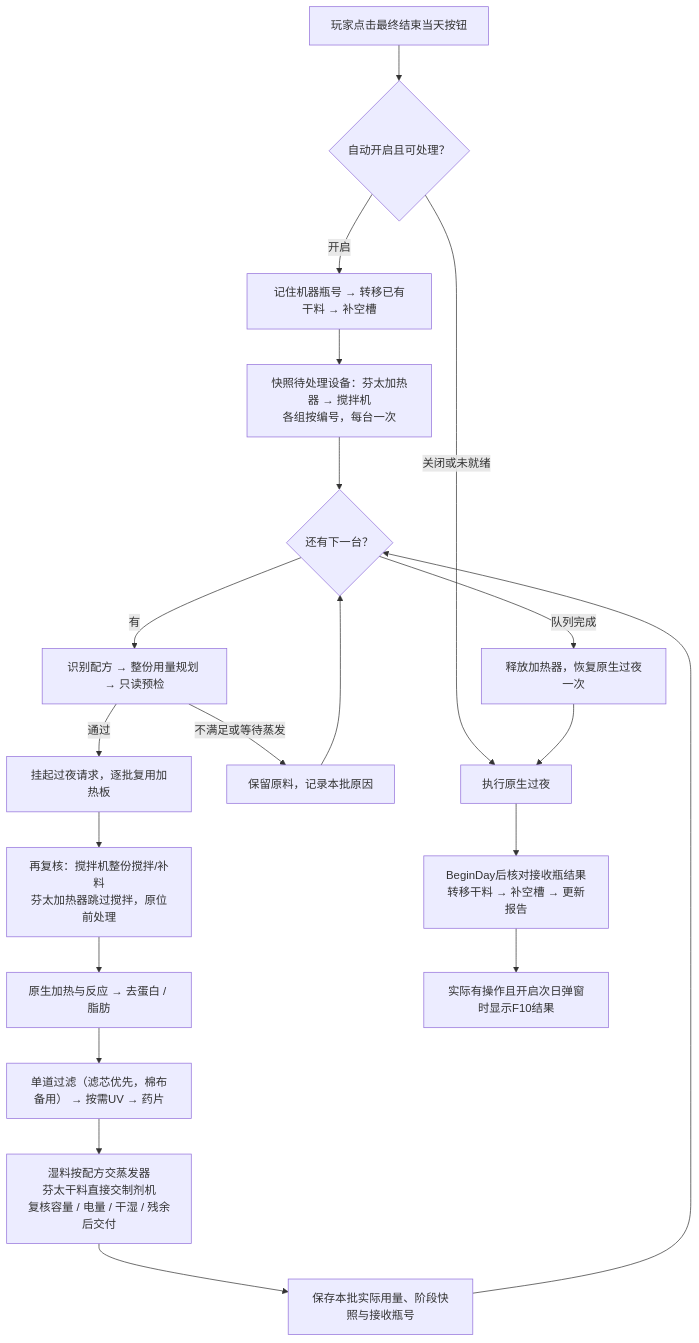
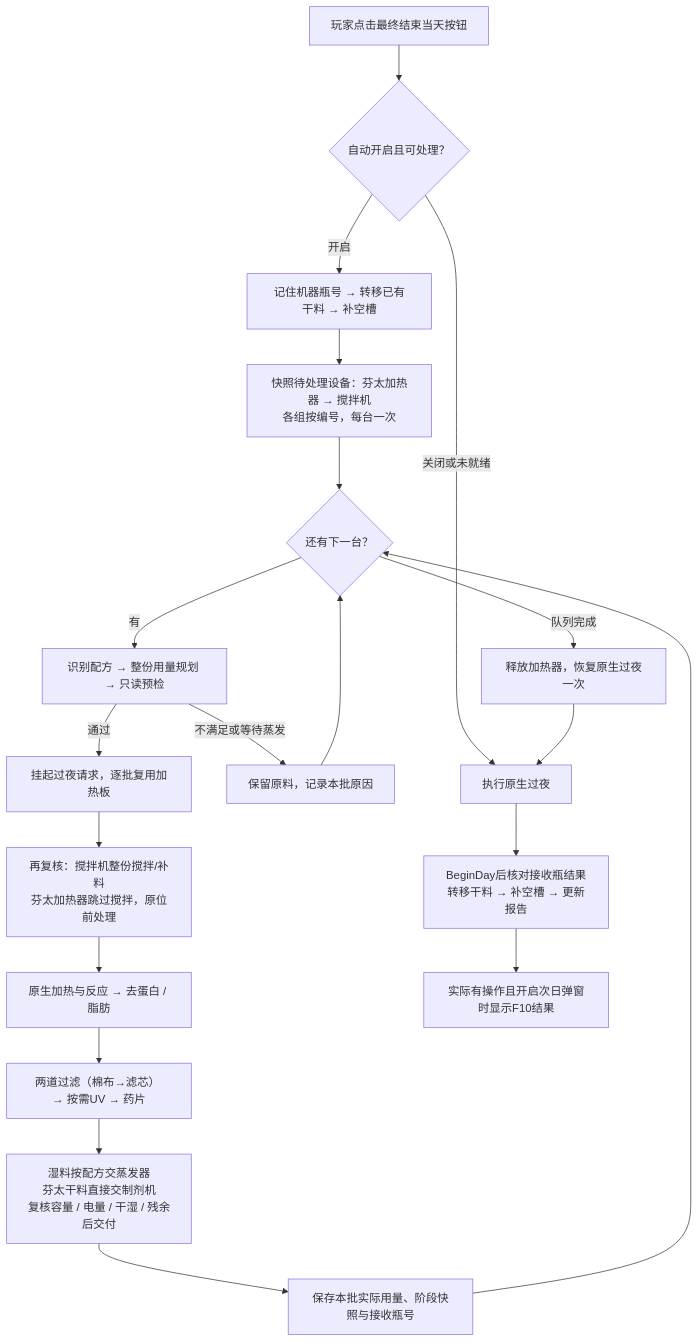
The second of 2 diagrams in docs/ARCHITECTURE.md (KarlWang86/Probably-Stolen-ChemAssistPlus), drawn with Mermaid before and after one commit. The commit also changed other lines of this file and 30 other files, not shown here.

````diff
--- a/docs/ARCHITECTURE.md
+++ b/docs/ARCHITECTURE.md
@@ -73,22 +73,22 @@
 ```mermaid
 flowchart TD
     Click["玩家点击最终结束当天按钮"] --> Gate{"自动开启且可处理？"}
     Gate -->|关闭或未就绪| Night["执行原生过夜"]
     Gate -->|开启| Bottles["记住机器瓶号 → 转移已有干料 → 补空槽"]
     Bottles --> Queue["快照待处理设备：芬太加热器 → 搅拌机<br/>各组按编号，每台一次"]
     Queue --> Next{"还有下一台？"}
     Next -->|有| Pre["识别配方 → 整份用量规划 → 只读预检"]
     Pre -->|不满足或等待蒸发| Skip["保留原料，记录本批原因"]
     Skip --> Next
     Pre -->|通过| Hold["挂起过夜请求，逐批复用加热板"]
     Hold --> Prepare["再复核：搅拌机整份搅拌/补料<br/>芬太加热器跳过搅拌，原位前处理"]
     Prepare --> React["原生加热与反应 → 去蛋白 / 脂肪"]
-    React --> Filter["单道过滤（滤芯优先，棉布备用） → 按需UV → 药片"]
+    React --> Filter["两道过滤（棉布→滤芯） → 按需UV → 药片"]
     Filter --> Deliver["湿料按配方交蒸发器<br/>芬太干料直接交制剂机<br/>复核容量 / 电量 / 干湿 / 残余后交付"]
     Deliver --> Snapshot["保存本批实际用量、阶段快照与接收瓶号"]
     Snapshot --> Next
     Next -->|队列完成| Resume["释放加热器，恢复原生过夜一次"]
     Resume --> Night
     Night --> Morning["BeginDay后核对接收瓶结果<br/>转移干料 → 补空槽 → 更新报告"]
     Morning --> Popup["实际有操作且开启次日弹窗时显示F10结果"]
 ```
````
